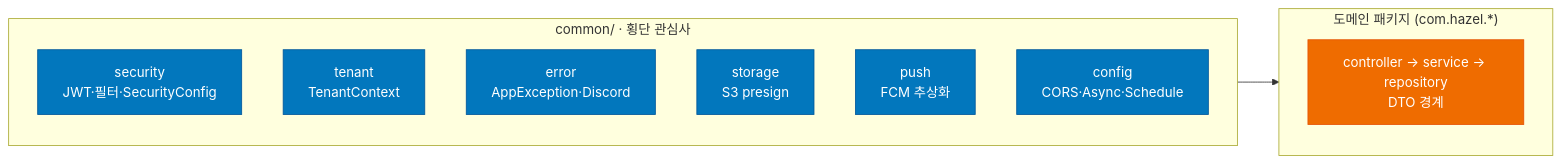
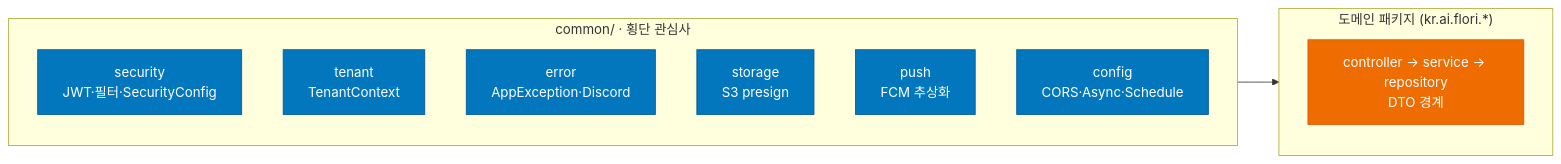
Before and after one commit to flori-ai-kr/api: the second of 10 diagrams in docs/ARCHITECTURE.md, drawn with Mermaid. The commit also changed other lines of this file and 19 other files, not shown here.

First line of the commit message:
docs: hazel → flori 브랜딩 일괄 갱신 (문서·SPEC)

````diff
--- a/docs/ARCHITECTURE.md
+++ b/docs/ARCHITECTURE.md
@@ -64,24 +64,24 @@
 ```mermaid
 flowchart LR
     subgraph Cross["common/ · 횡단 관심사"]
         direction TB
         CSec[security<br/>JWT·필터·SecurityConfig]
         CTen[tenant<br/>TenantContext]
         CErr[error<br/>AppException·Discord]
         CSto[storage<br/>S3 presign]
         CPush[push<br/>FCM 추상화]
         CCfg[config<br/>CORS·Async·Schedule]
     end
 
-    subgraph Domain["도메인 패키지 (com.hazel.*)"]
+    subgraph Domain["도메인 패키지 (kr.ai.flori.*)"]
         direction TB
         D[controller → service → repository<br/>DTO 경계]
     end
 
     Cross --> Domain
 
     classDef common fill:#0277bd,color:#fff,stroke:#01579b
     classDef dom fill:#ef6c00,color:#fff,stroke:#e65100
     class CSec,CTen,CErr,CSto,CPush,CCfg common
     class D dom
 ```
````
